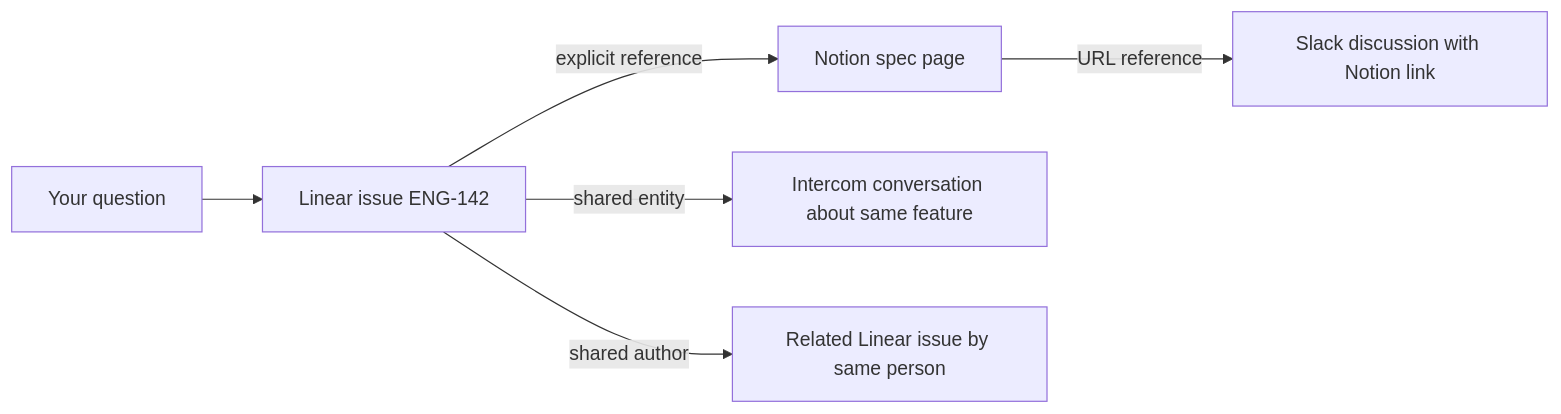
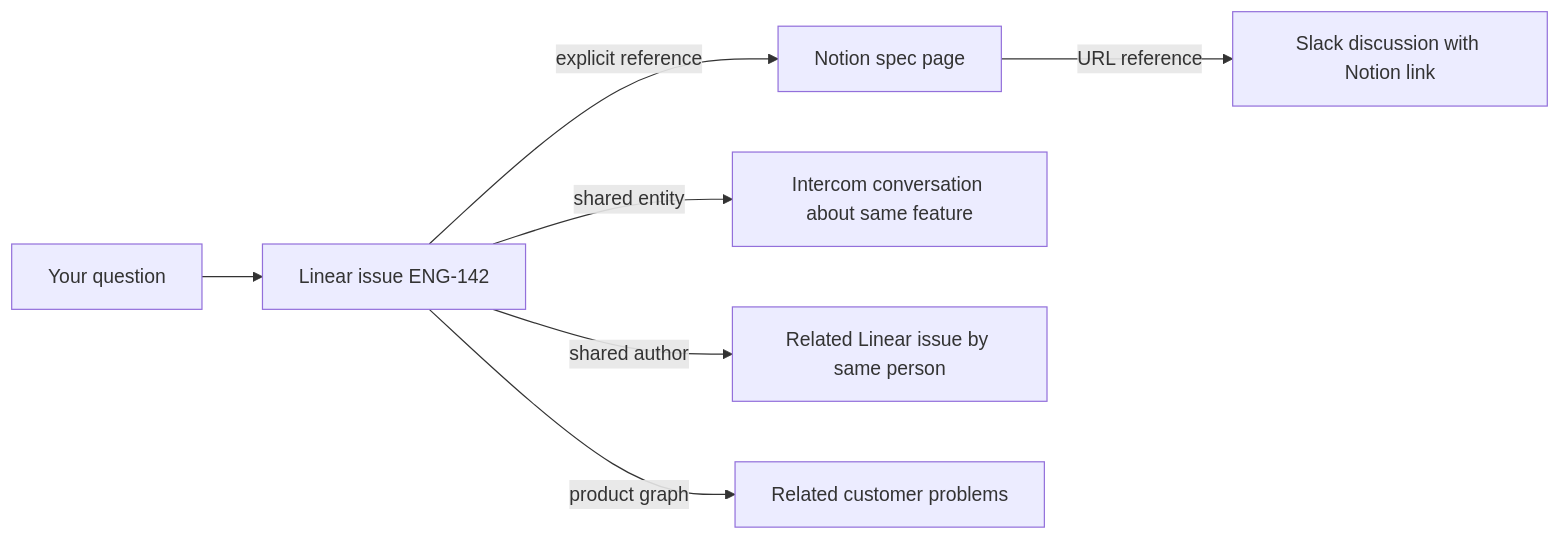
The second of 2 diagrams in knowledge-graph.mdx (ravell-io/docs), drawn with Mermaid before and after one commit. The commit also changed other lines of this file and 4 other files, not shown here.

Commit message:
Add Knowledge API and Product Graph documentation

````diff
--- a/knowledge-graph.mdx
+++ b/knowledge-graph.mdx
@@ -38,8 +83,9 @@
 ```mermaid
 flowchart LR
     Q[Your question] --> D1[Linear issue ENG-142]
     D1 -->|explicit reference| D2[Notion spec page]
     D1 -->|shared entity| D3[Intercom conversation about same feature]
     D1 -->|shared author| D4[Related Linear issue by same person]
     D2 -->|URL reference| D5[Slack discussion with Notion link]
+    D1 -->|product graph| D6[Related customer problems]
 ```
````
